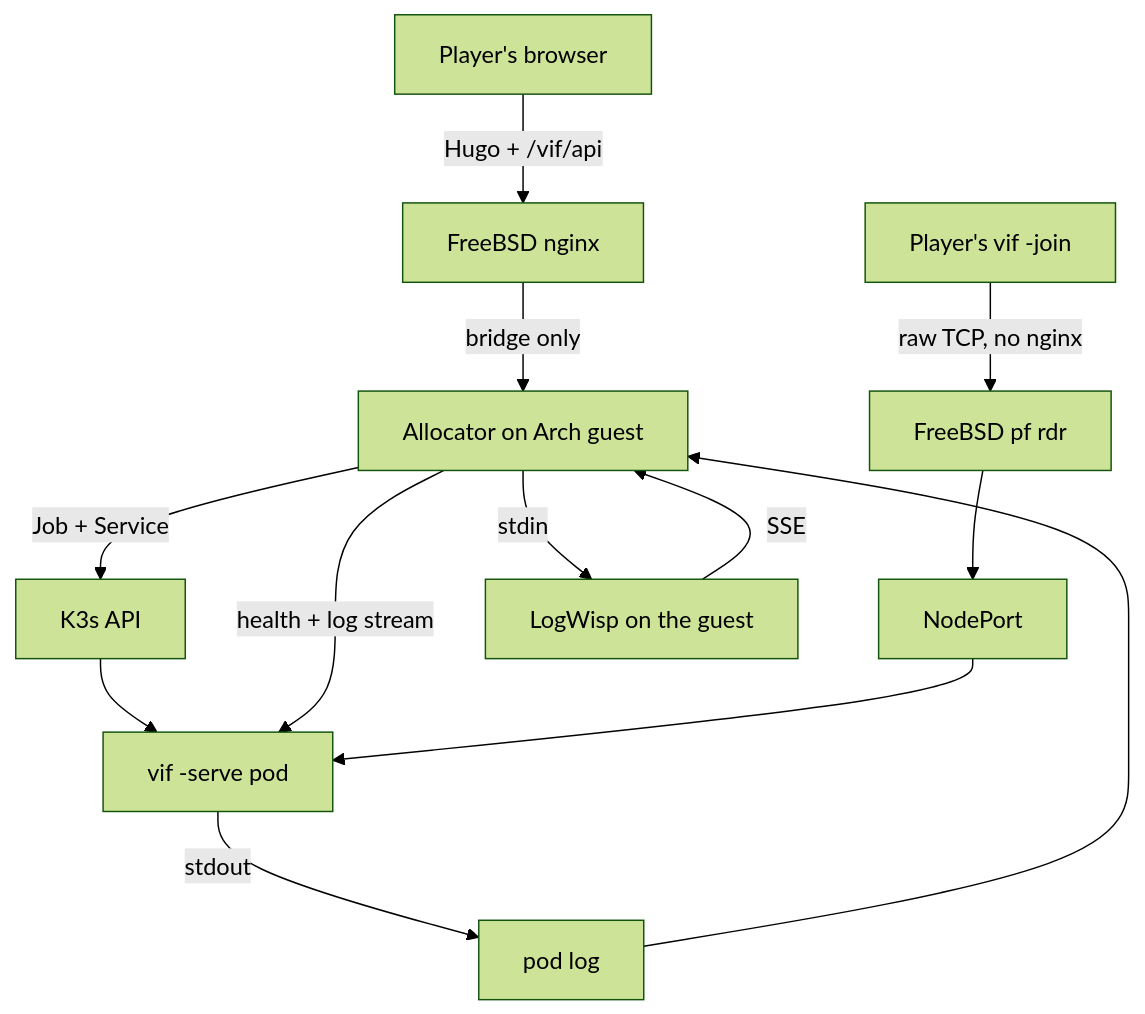
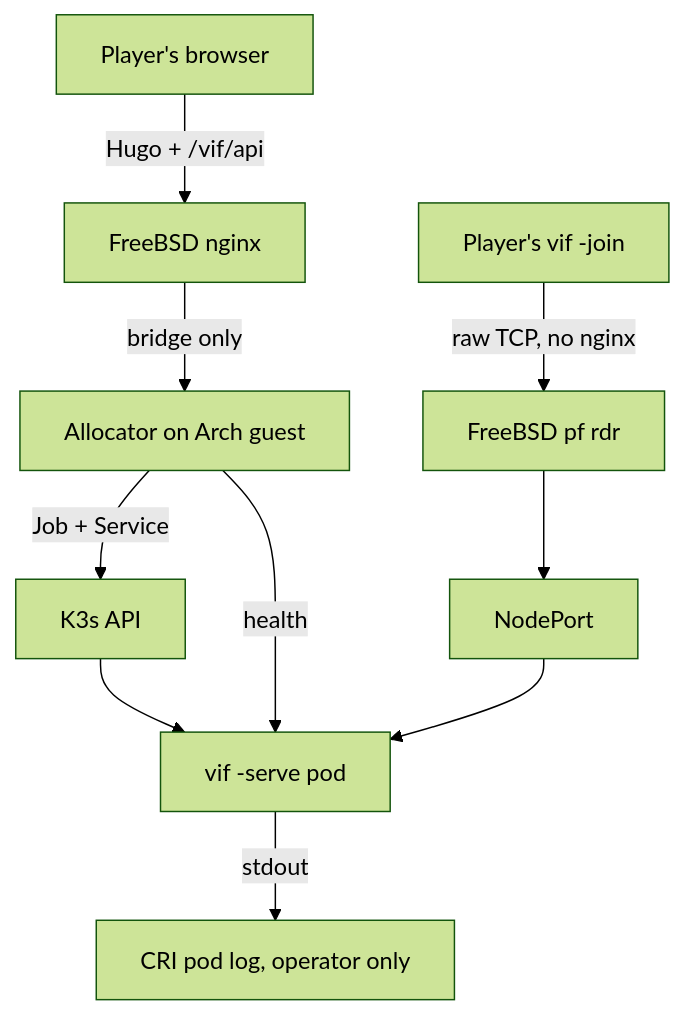
One commit to lixenwraith/vi-fighter changed the diagram in doc/kube_docker_deploy.md. Above: the diagram before and after it, drawn with Mermaid (forest theme). The commit also changed other lines of this file and 13 other files, not shown here.

````diff
--- a/doc/kube_docker_deploy.md
+++ b/doc/kube_docker_deploy.md
@@ -40,11 +40,10 @@
 ```mermaid
 flowchart TD
     Browser["Player's browser"] -->|"Hugo + /vif/api"| Site["FreeBSD nginx"]
     Site -->|"bridge only"| Alloc["Allocator on Arch guest"]
     Alloc -->|"Job + Service"| API["K3s API"]
     API --> Pod["vif -serve pod"]
-    Alloc -->|"health + log stream"| Pod
+    Alloc -->|"health"| Pod
     Term["Player's vif -join"] -->|"raw TCP, no nginx"| PF["FreeBSD pf rdr"] --> NP["NodePort"] --> Pod
-    Pod -->|"stdout"| Log["pod log"] --> Alloc
-    Alloc -->|"stdin"| Wisp["LogWisp on the guest"] -->|"SSE"| Alloc
+    Pod -->|"stdout"| Log["CRI pod log, operator only"]
 ```
````
